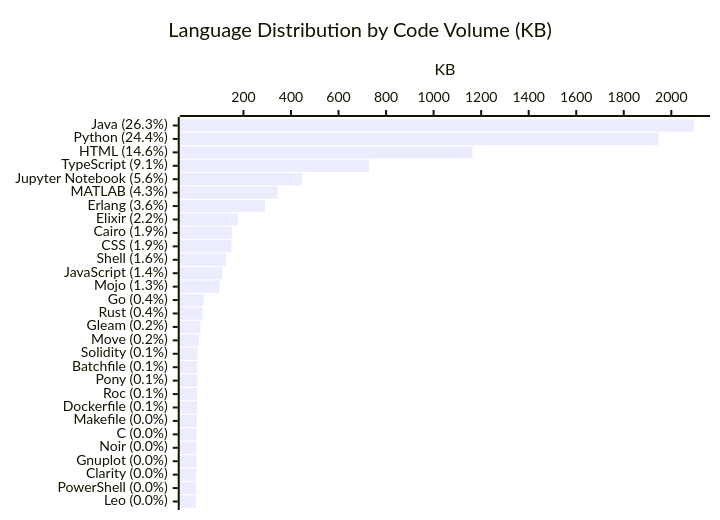
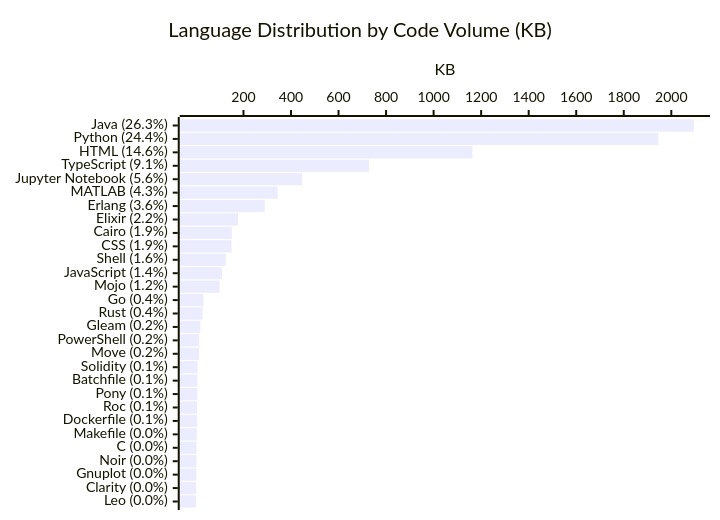
The diagram in profile/README.md (KathiraveluLab/.github), drawn with Mermaid before and after one commit. The commit also changed other lines of this file and 1 other file, not shown here.

````diff
--- a/profile/README.md
+++ b/profile/README.md
@@ -65,7 +66,7 @@
 ```mermaid
 xychart-beta horizontal
     title "Language Distribution by Code Volume (KB)"
-    x-axis ["Java (26.3%)", "Python (24.4%)", "HTML (14.6%)", "TypeScript (9.1%)", "Jupyter Notebook (5.6%)", "MATLAB (4.3%)", "Erlang (3.6%)", "Elixir (2.2%)", "Cairo (1.9%)", "CSS (1.9%)", "Shell (1.6%)", "JavaScript (1.4%)", "Mojo (1.3%)", "Go (0.4%)", "Rust (0.4%)", "Gleam (0.2%)", "Move (0.2%)", "Solidity (0.1%)", "Batchfile (0.1%)", "Pony (0.1%)", "Roc (0.1%)", "Dockerfile (0.1%)", "Makefile (0.0%)", "C (0.0%)", "Noir (0.0%)", "Gnuplot (0.0%)", "Clarity (0.0%)", "PowerShell (0.0%)", "Leo (0.0%)"]
+    x-axis ["Java (26.3%)", "Python (24.4%)", "HTML (14.6%)", "TypeScript (9.1%)", "Jupyter Notebook (5.6%)", "MATLAB (4.3%)", "Erlang (3.6%)", "Elixir (2.2%)", "Cairo (1.9%)", "CSS (1.9%)", "Shell (1.6%)", "JavaScript (1.4%)", "Mojo (1.2%)", "Go (0.4%)", "Rust (0.4%)", "Gleam (0.2%)", "PowerShell (0.2%)", "Move (0.2%)", "Solidity (0.1%)", "Batchfile (0.1%)", "Pony (0.1%)", "Roc (0.1%)", "Dockerfile (0.1%)", "Makefile (0.0%)", "C (0.0%)", "Noir (0.0%)", "Gnuplot (0.0%)", "Clarity (0.0%)", "Leo (0.0%)"]
     y-axis "KB"
-    bar [2094.5, 1945.64, 1163.33, 728.35, 446.91, 343.93, 289.93, 176.6, 151.31, 149.79, 125.87, 110.01, 99.52, 32.03, 28.25, 18.9, 12.89, 6.65, 6.48, 6.01, 5.51, 5.12, 3.74, 2.58, 2.46, 1.82, 1.53, 1.02, 0.26]
+    bar [2094.5, 1945.64, 1163.33, 728.35, 446.91, 343.93, 289.93, 176.6, 151.31, 149.79, 125.87, 110.01, 99.52, 32.03, 28.25, 18.9, 13.91, 12.89, 6.65, 6.48, 6.01, 5.51, 5.12, 3.74, 2.58, 2.46, 1.82, 1.53, 0.26]
 ```
````
